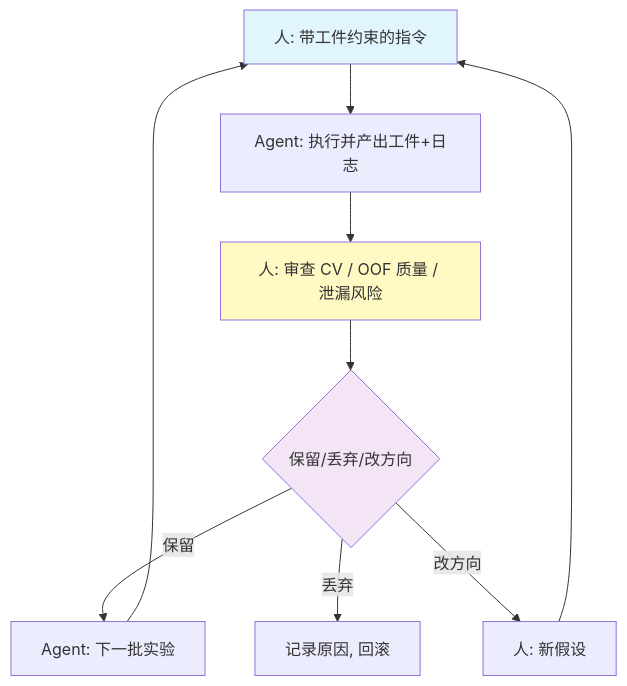
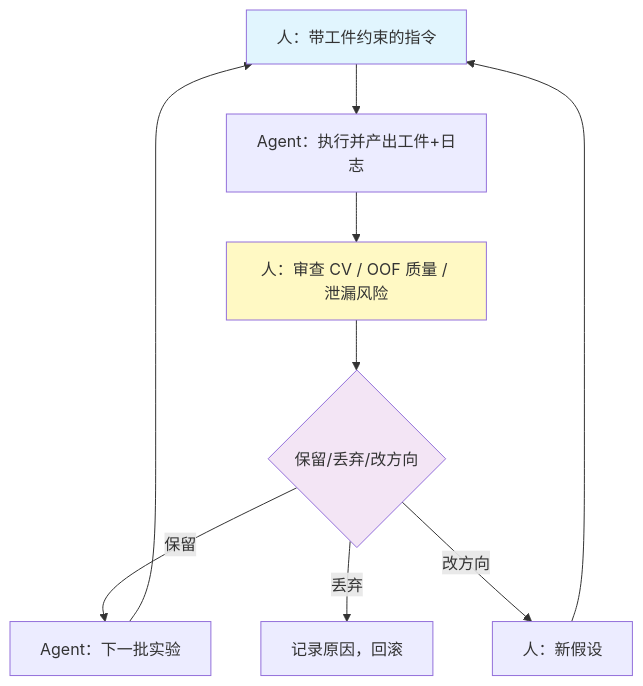
The third of 3 diagrams in docs/chapters/chapter03.md (wizardforcel/vibe-kaggle), drawn with Mermaid before and after one commit. The commit also changed other lines of this file, not shown here.

````diff
--- a/docs/chapters/chapter03.md
+++ b/docs/chapters/chapter03.md
@@ -482,14 +509,14 @@
 ```mermaid
 flowchart TD
-    A[人: 带工件约束的指令] --> B[Agent: 执行并产出工件+日志]
-    B --> C[人: 审查 CV / OOF 质量 / 泄漏风险]
+    A[人：带工件约束的指令] --> B[Agent：执行并产出工件+日志]
+    B --> C[人：审查 CV / OOF 质量 / 泄漏风险]
     C --> D{保留/丢弃/改方向}
-    D -->|保留| E[Agent: 下一批实验]
-    D -->|丢弃| F[记录原因, 回滚]
-    D -->|改方向| G[人: 新假设]
+    D -->|保留| E[Agent：下一批实验]
+    D -->|丢弃| F[记录原因，回滚]
+    D -->|改方向| G[人：新假设]
     G --> A
     E --> A
     style A fill:#e1f5fe
     style C fill:#fff9c4
     style D fill:#f3e5f5
 ```
````
